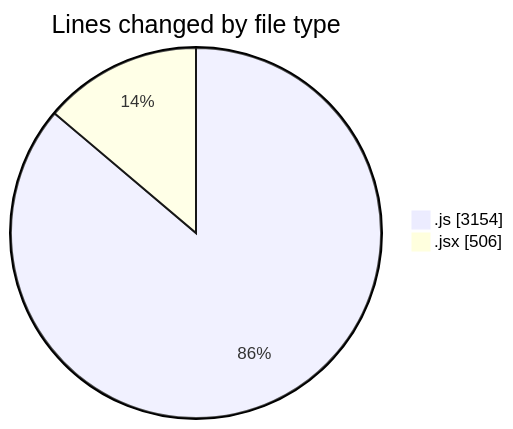
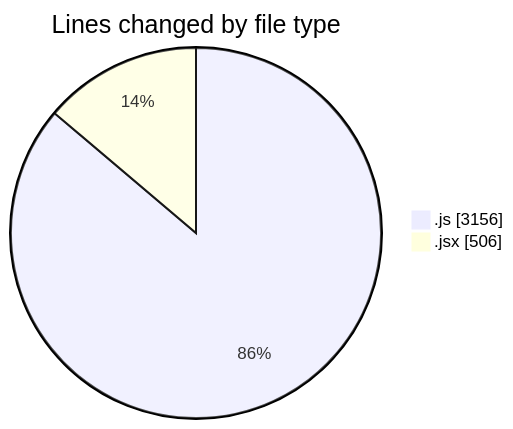
Before and after one commit to nxtqubesakshisongat/code-tracking: the first of 2 diagrams in 2025-07-27/nxtqube_webapp/README.md, drawn with Mermaid. The commit also changed other lines of this file and 1 other file, not shown here.

````diff
--- a/2025-07-27/nxtqube_webapp/README.md
+++ b/2025-07-27/nxtqube_webapp/README.md
@@ -27,6 +27,6 @@
 ```mermaid
 pie showData
 title Lines changed by file type
-".js" : 3154
+".js" : 3156
 ".jsx" : 506
 ```
````
